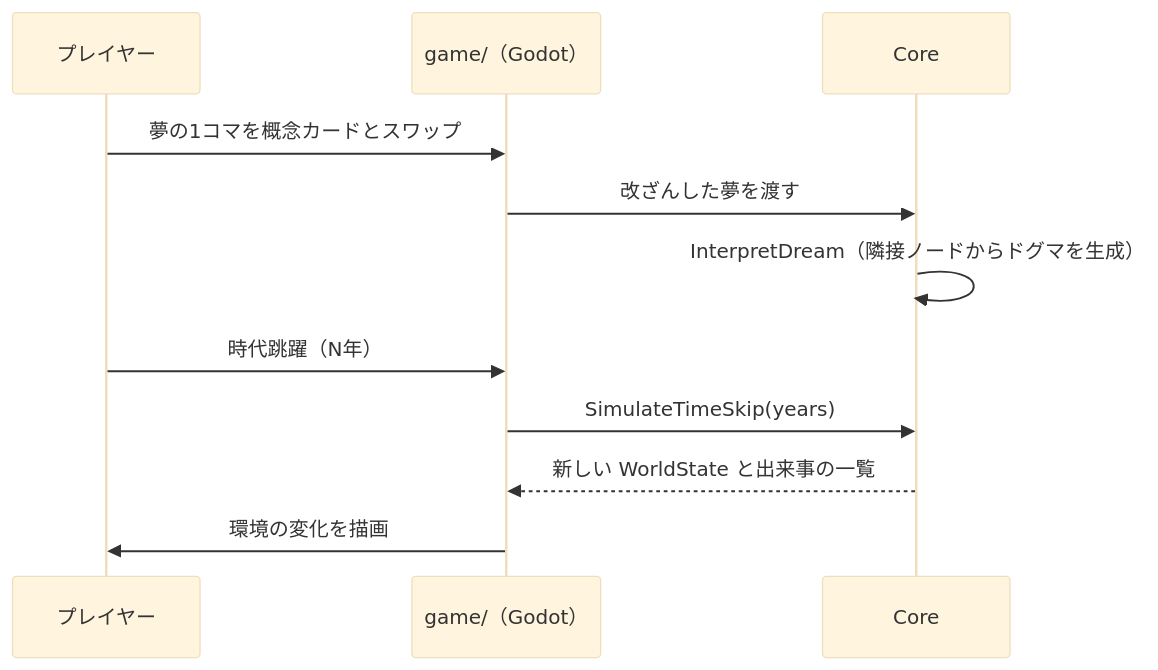
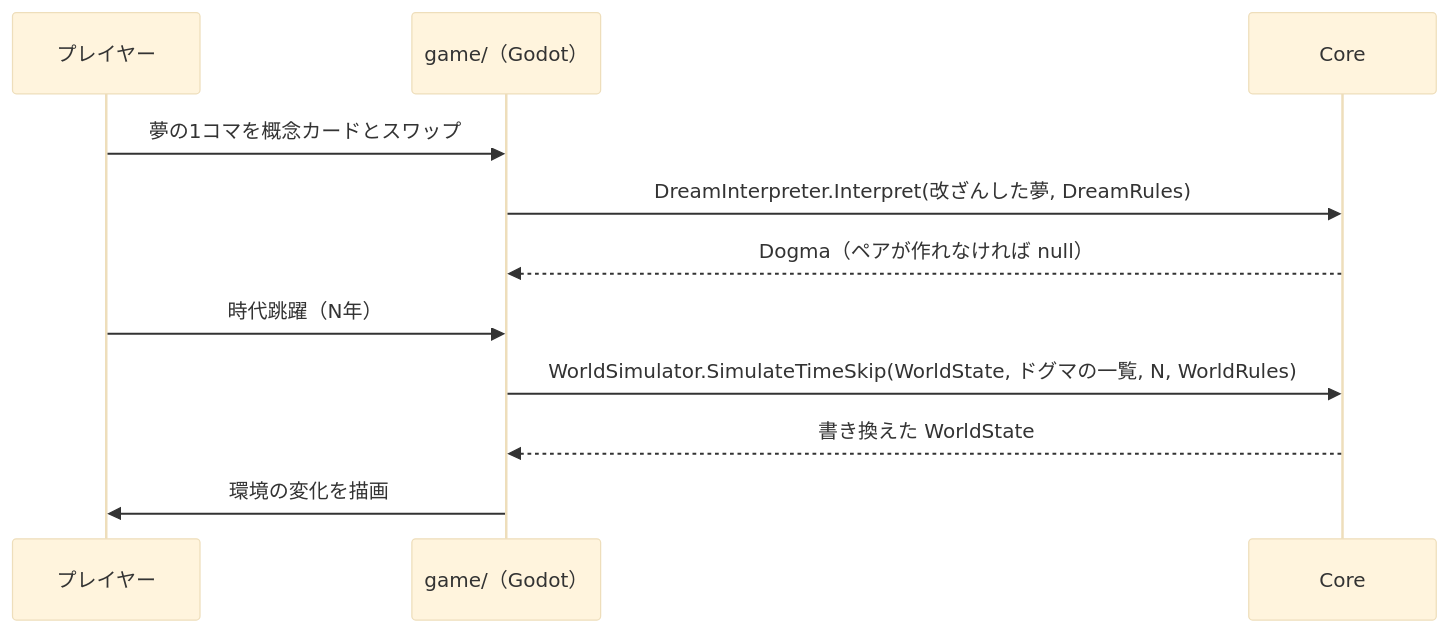
One commit to Vouivret/TheogonyX changed the second of 2 diagrams in docs/architecture.md. Above: the diagram before and after it, drawn with Mermaid (base theme). The commit also changed other lines of this file and 30 other files, not shown here.

````diff
--- a/docs/architecture.md
+++ b/docs/architecture.md
@@ -28,13 +28,13 @@
 ```mermaid
 sequenceDiagram
     participant P as プレイヤー
     participant G as game/（Godot）
     participant C as Core
     P->>G: 夢の1コマを概念カードとスワップ
-    G->>C: 改ざんした夢を渡す
-    C->>C: InterpretDream（隣接ノードからドグマを生成）
+    G->>C: DreamInterpreter.Interpret(改ざんした夢, DreamRules)
+    C-->>G: Dogma（ペアが作れなければ null）
     P->>G: 時代跳躍（N年）
-    G->>C: SimulateTimeSkip(years)
-    C-->>G: 新しい WorldState と出来事の一覧
+    G->>C: WorldSimulator.SimulateTimeSkip(WorldState, ドグマの一覧, N, WorldRules)
+    C-->>G: 書き換えた WorldState
     G->>P: 環境の変化を描画
 ```
````
